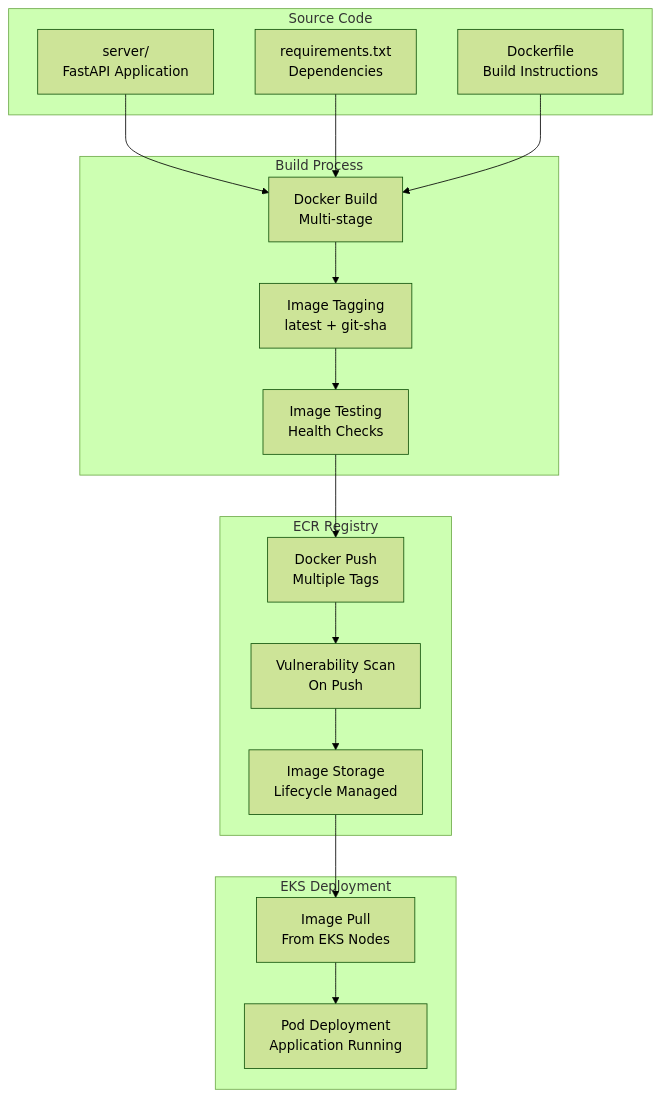
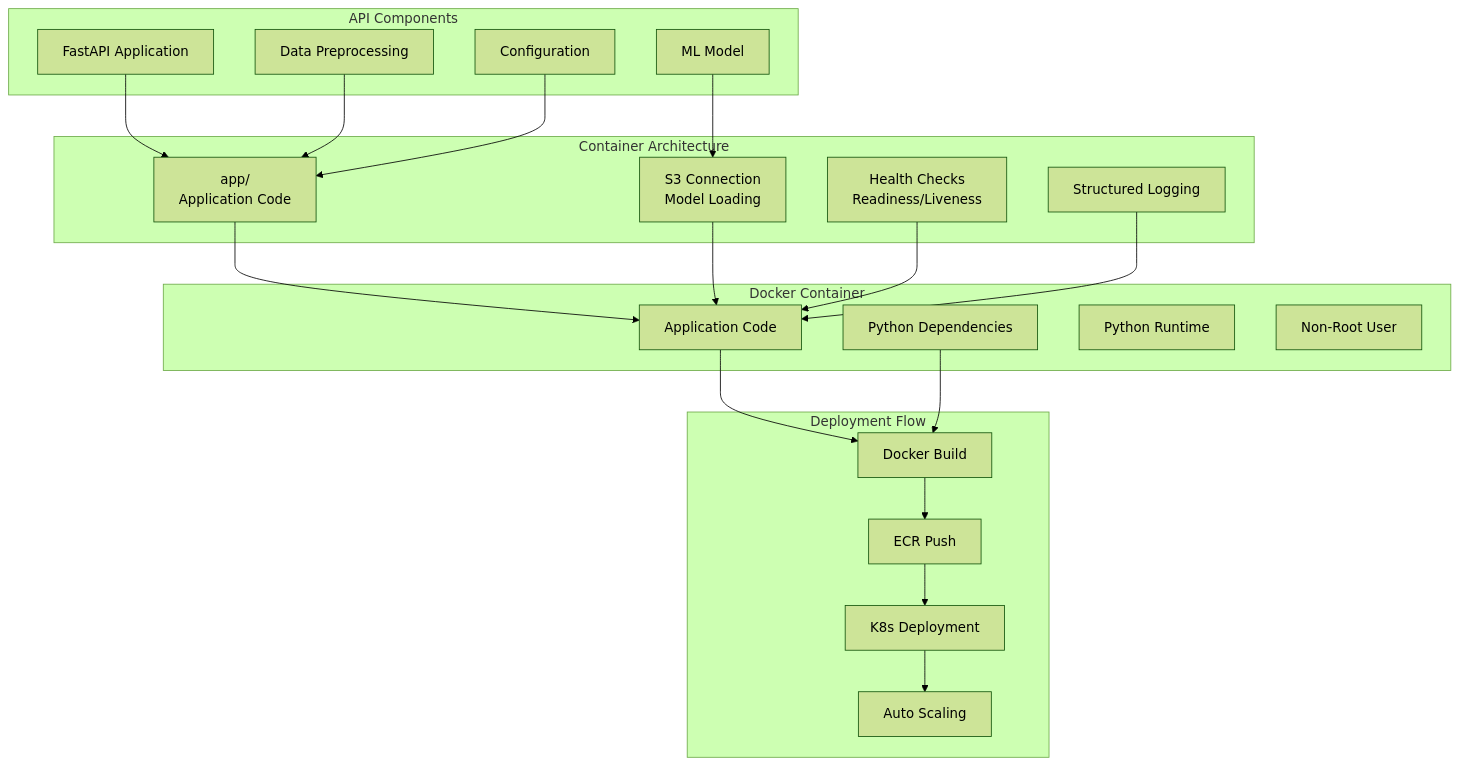
One commit to uit-ntn/aws-mlops-retail-prediction changed the diagram in content/9-docker-build/_index.md. Above: the diagram before and after it, drawn with Mermaid (forest theme). The commit also changed other lines of this file and 15 other files, not shown here.

```diff
--- a/content/9-docker-build/_index.md
+++ b/content/9-docker-build/_index.md
@@ -21,36 +22,46 @@
 {{< mermaid >}}
 graph TB
-    subgraph "Source Code"
-        SRC[server/<br/>FastAPI Application]
-        REQ[requirements.txt<br/>Dependencies]
-        DOCKER[Dockerfile<br/>Build Instructions]
+    subgraph "API Components"
+        FASTAPI[FastAPI Application]
+        MODEL[ML Model]
+        PREPROC[Data Preprocessing]
+        CONFIG[Configuration]
     end
     
-    subgraph "Build Process"
-        BUILD[Docker Build<br/>Multi-stage]
-        TAG[Image Tagging<br/>latest + git-sha]
-        TEST[Image Testing<br/>Health Checks]
+    subgraph "Container Architecture"
+        APP[app/<br/>Application Code]
+        S3[S3 Connection<br/>Model Loading]
+        HEALTH[Health Checks<br/>Readiness/Liveness]
+        LOGGING[Structured Logging]
     end
     
-    subgraph "ECR Registry"
-        PUSH[Docker Push<br/>Multiple Tags]
-        SCAN[Vulnerability Scan<br/>On Push]
-        STORE[Image Storage<br/>Lifecycle Managed]
+    subgraph "Docker Container"
+        CODE[Application Code]
+        DEPS[Python Dependencies]
+        RUNTIME[Python Runtime]
+        NONROOT[Non-Root User]
     end
     
-    subgraph "EKS Deployment"
-        PULL[Image Pull<br/>From EKS Nodes]
-        DEPLOY[Pod Deployment<br/>Application Running]
+    subgraph "Deployment Flow"
+        BUILD[Docker Build]
+        PUSH[ECR Push]
+        DEPLOY[K8s Deployment]
+        SCALE[Auto Scaling]
     end
     
-    SRC --> BUILD
-    REQ --> BUILD
-    DOCKER --> BUILD
-    BUILD --> TAG
-    TAG --> TEST
-    TEST --> PUSH
-    PUSH --> SCAN
-    SCAN --> STORE
-    STORE --> PULL
-    PULL --> DEPLOY
+    FASTAPI --> APP
+    MODEL --> S3
+    PREPROC --> APP
+    CONFIG --> APP
+    
+    APP --> CODE
+    S3 --> CODE
+    HEALTH --> CODE
+    LOGGING --> CODE
+    
+    CODE --> BUILD
+    DEPS --> BUILD
+    BUILD --> PUSH
+    PUSH --> DEPLOY
+    DEPLOY --> SCALE
 {{< /mermaid >}}
```
